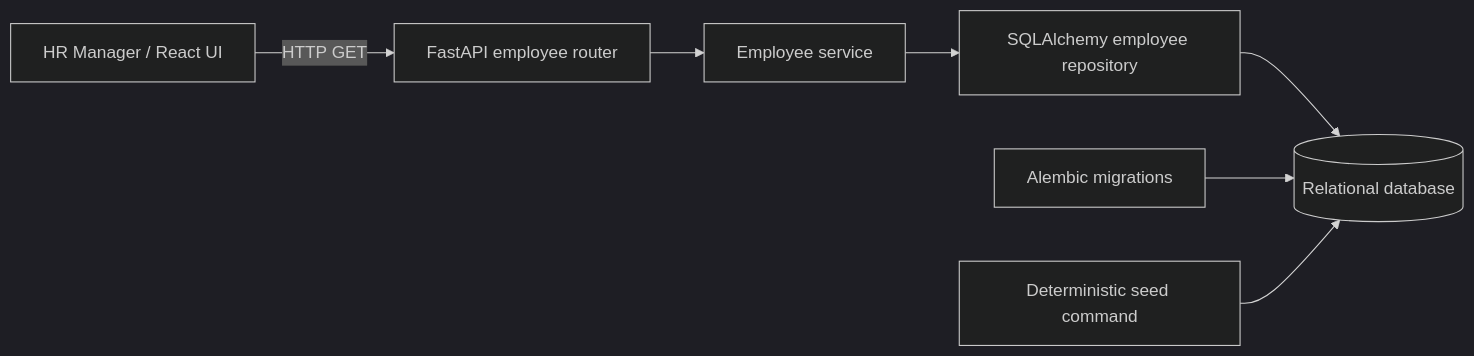
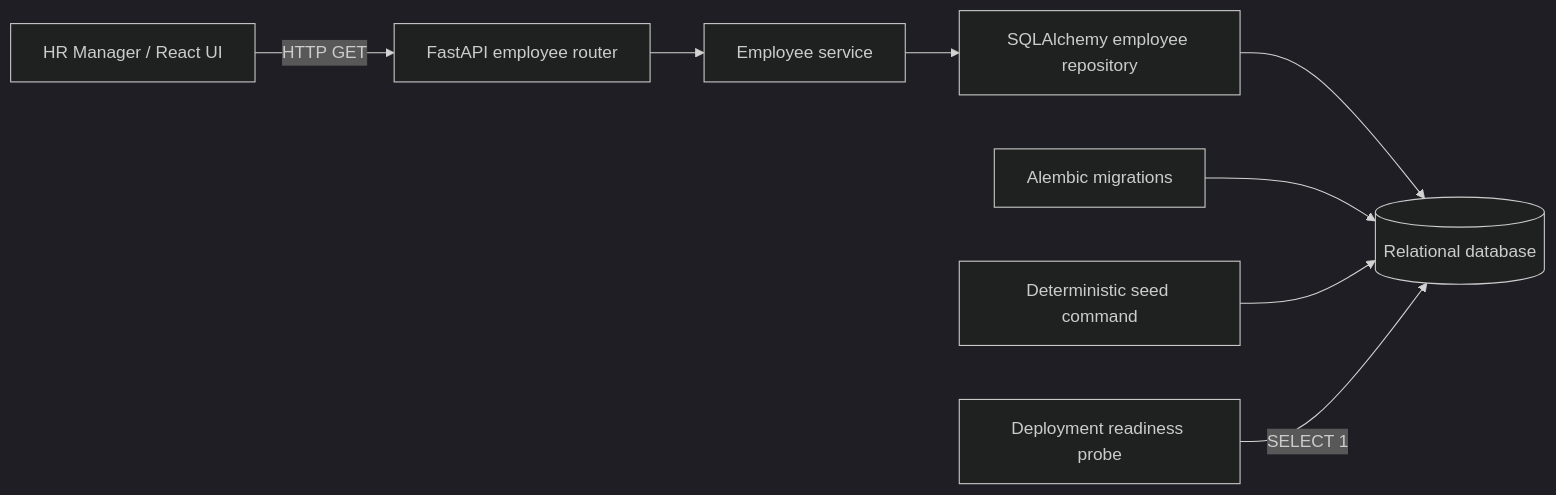
Before and after one commit to DigvijaysinhChudasamaIITM/incubyte-salary-management: the diagram in docs/design.md, drawn with Mermaid (dark theme). The commit also changed other lines of this file and 14 other files, not shown here.

````diff
--- a/docs/design.md
+++ b/docs/design.md
@@ -8,9 +8,10 @@
 ```mermaid
 flowchart LR
     HR[HR Manager / React UI] -->|HTTP GET| API[FastAPI employee router]
     API --> Service[Employee service]
     Service --> Repository[SQLAlchemy employee repository]
     Repository --> DB[(Relational database)]
     Alembic[Alembic migrations] --> DB
     Seed[Deterministic seed command] --> DB
+    Probe[Deployment readiness probe] -->|SELECT 1| DB
 ```
````
